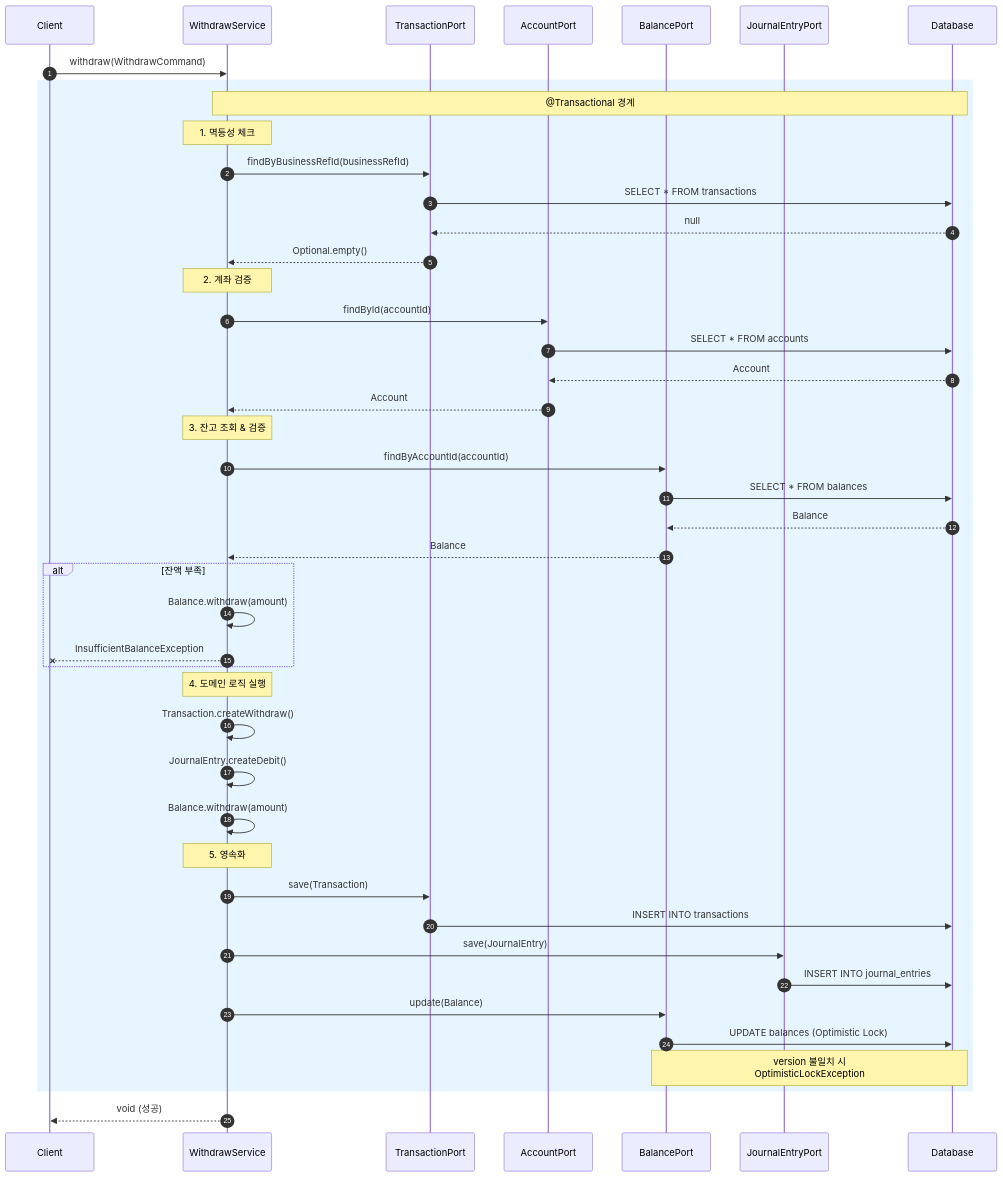
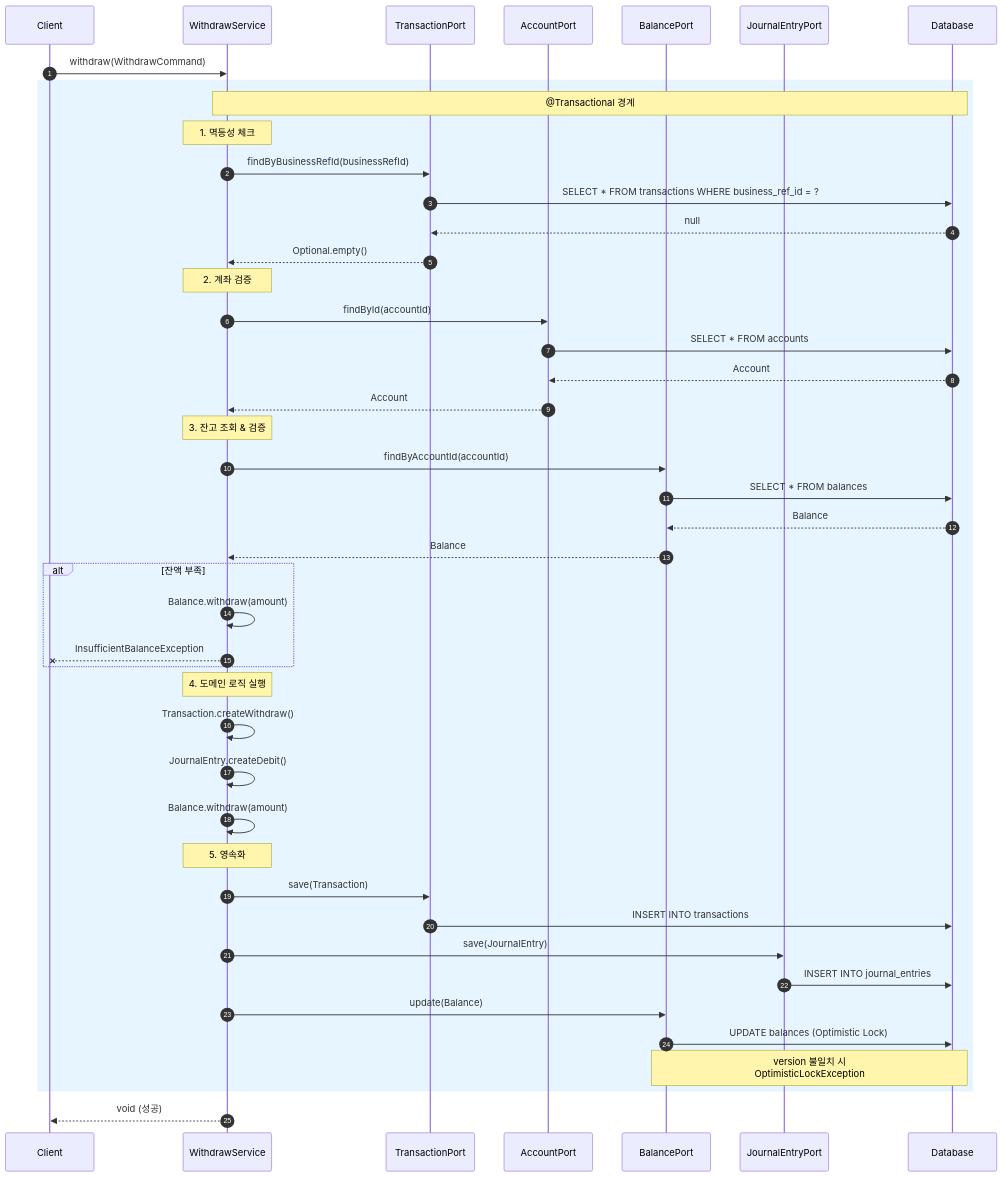
One commit to dding94/kuku-Securities changed the second of 2 diagrams in docs/diagrams/deposit-sequence.md. Above: the diagram before and after it, drawn with Mermaid.

````diff
--- a/docs/diagrams/deposit-sequence.md
+++ b/docs/diagrams/deposit-sequence.md
@@ -73,60 +73,60 @@
 ```mermaid
 sequenceDiagram
     autonumber
     participant C as Client
     participant S as WithdrawService
     participant TP as TransactionPort
     participant AP as AccountPort
     participant BP as BalancePort
     participant JP as JournalEntryPort
     participant DB as Database
 
     C->>S: withdraw(WithdrawCommand)
     
     rect rgb(230, 245, 255)
     Note over S,DB: @Transactional 경계
     
     Note over S: 1. 멱등성 체크
     S->>TP: findByBusinessRefId(businessRefId)
-    TP->>DB: SELECT * FROM transactions
+    TP->>DB: SELECT * FROM transactions WHERE business_ref_id = ?
     DB-->>TP: null
     TP-->>S: Optional.empty()
 
     Note over S: 2. 계좌 검증
     S->>AP: findById(accountId)
     AP->>DB: SELECT * FROM accounts
     DB-->>AP: Account
     AP-->>S: Account
 
     Note over S: 3. 잔고 조회 & 검증
     S->>BP: findByAccountId(accountId)
     BP->>DB: SELECT * FROM balances
     DB-->>BP: Balance
     BP-->>S: Balance
 
     alt 잔액 부족
         S->>S: Balance.withdraw(amount)
         S--xC: InsufficientBalanceException
     end
 
     Note over S: 4. 도메인 로직 실행
     S->>S: Transaction.createWithdraw()
     S->>S: JournalEntry.createDebit()
     S->>S: Balance.withdraw(amount)
 
     Note over S: 5. 영속화
     S->>TP: save(Transaction)
     TP->>DB: INSERT INTO transactions
     
     S->>JP: save(JournalEntry)
     JP->>DB: INSERT INTO journal_entries
     
     S->>BP: update(Balance)
     BP->>DB: UPDATE balances (Optimistic Lock)
     
     Note over BP,DB: version 불일치 시<br/>OptimisticLockException
     
     end
 
     S-->>C: void (성공)
 ```
````
